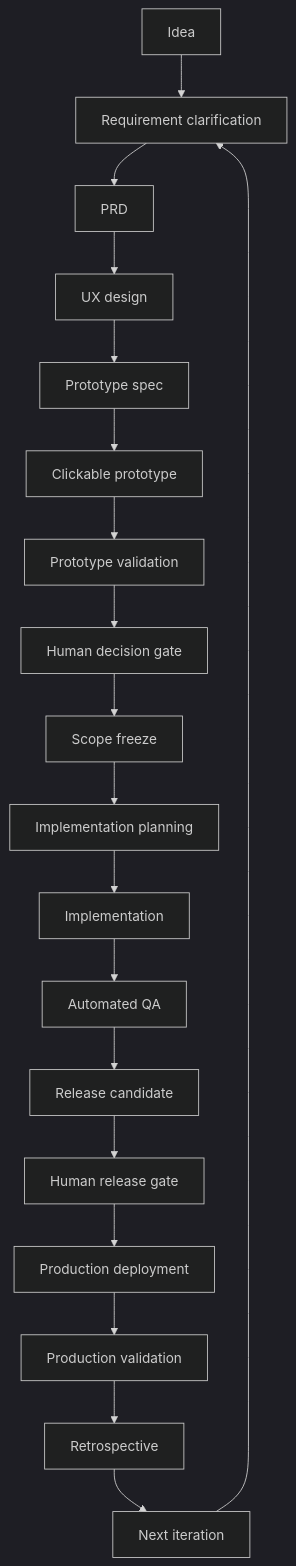
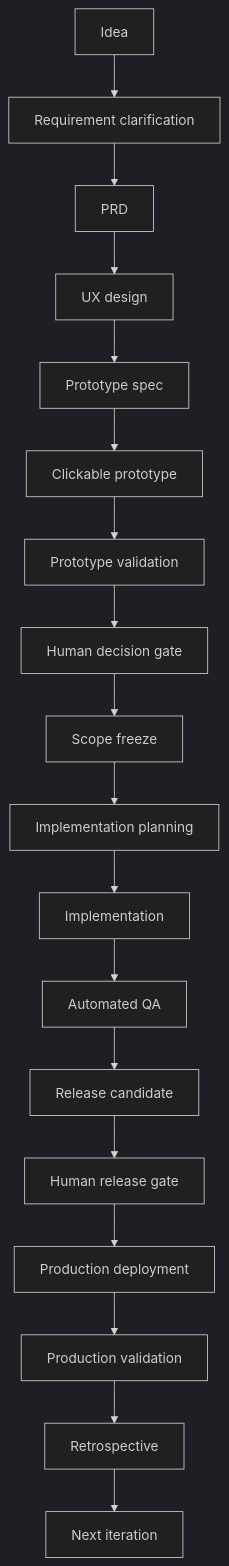
The diagram in README.md (1335389202-create/ai-product-development-workflow), drawn with Mermaid (dark theme) before and after one commit.

Commit message:
docs: keep Mermaid overview acyclic

````diff
--- a/README.md
+++ b/README.md
@@ -17,21 +17,20 @@
 ```mermaid
 graph TD
   A[Idea] --> B[Requirement clarification]
   B --> C[PRD]
   C --> D[UX design]
   D --> E[Prototype spec]
   E --> F[Clickable prototype]
   F --> G[Prototype validation]
   G --> H[Human decision gate]
   H --> I[Scope freeze]
   I --> J[Implementation planning]
   J --> K[Implementation]
   K --> L[Automated QA]
   L --> M[Release candidate]
   M --> N[Human release gate]
   N --> O[Production deployment]
   O --> P[Production validation]
   P --> Q[Retrospective]
   Q --> R[Next iteration]
-  R --> B
 ```
````
